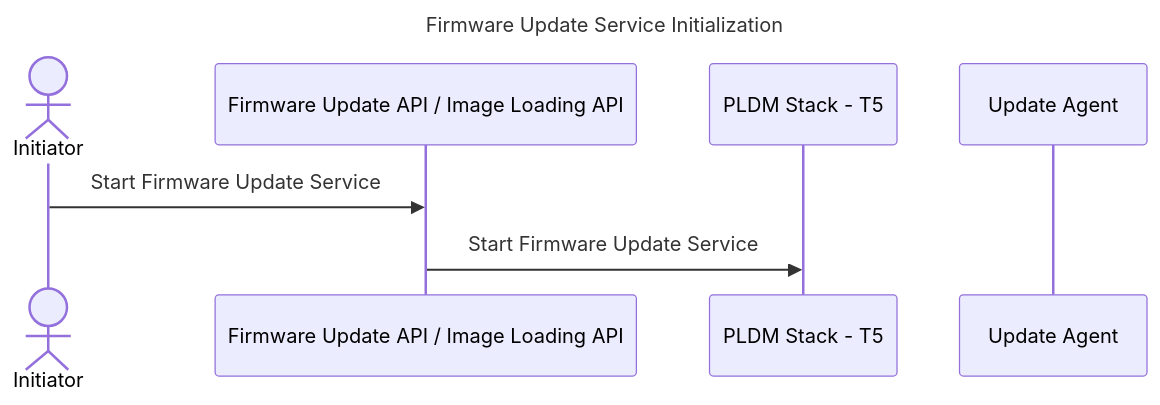
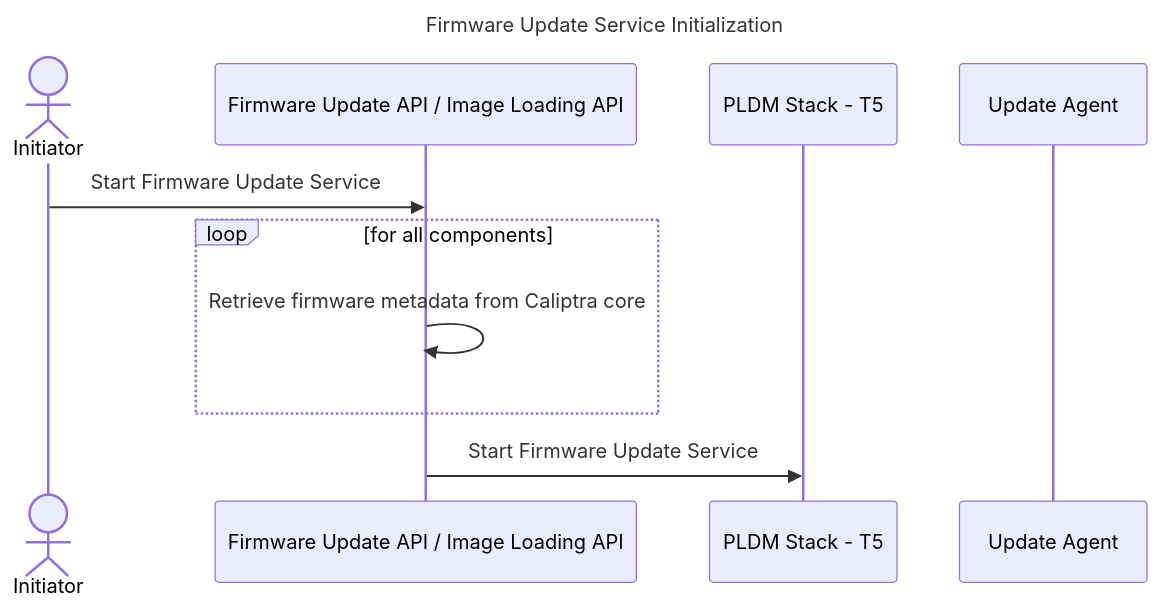
Before and after one commit to chipsalliance/caliptra-mcu-sw: the second of 9 diagrams in docs/src/firmware_update_and_streaming_boot.md, drawn with Mermaid. The commit also changed other lines of this file and 1 other file, not shown here.

````diff
--- a/docs/src/firmware_update_and_streaming_boot.md
+++ b/docs/src/firmware_update_and_streaming_boot.md
@@ -21,13 +32,17 @@
 ```mermaid
 sequenceDiagram
     title Firmware Update Service Initialization
     
     actor App as Initiator
     participant API as Firmware Update API / Image Loading API
     participant Firmware as PLDM Stack - T5
     participant PLDM as Update Agent
     
     App->>API: Start Firmware Update Service
+    loop for all components
+    API->>API: Retrieve firmware metadata from Caliptra core
+    end
+    
     API->>Firmware: Start Firmware Update Service
     activate Firmware
 ```
````
